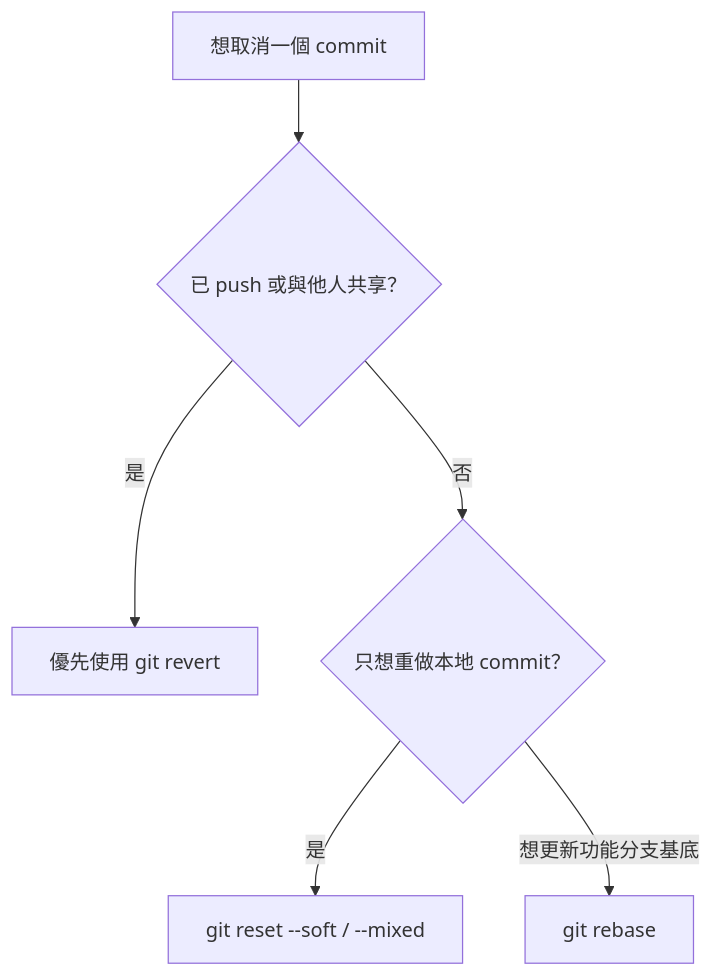
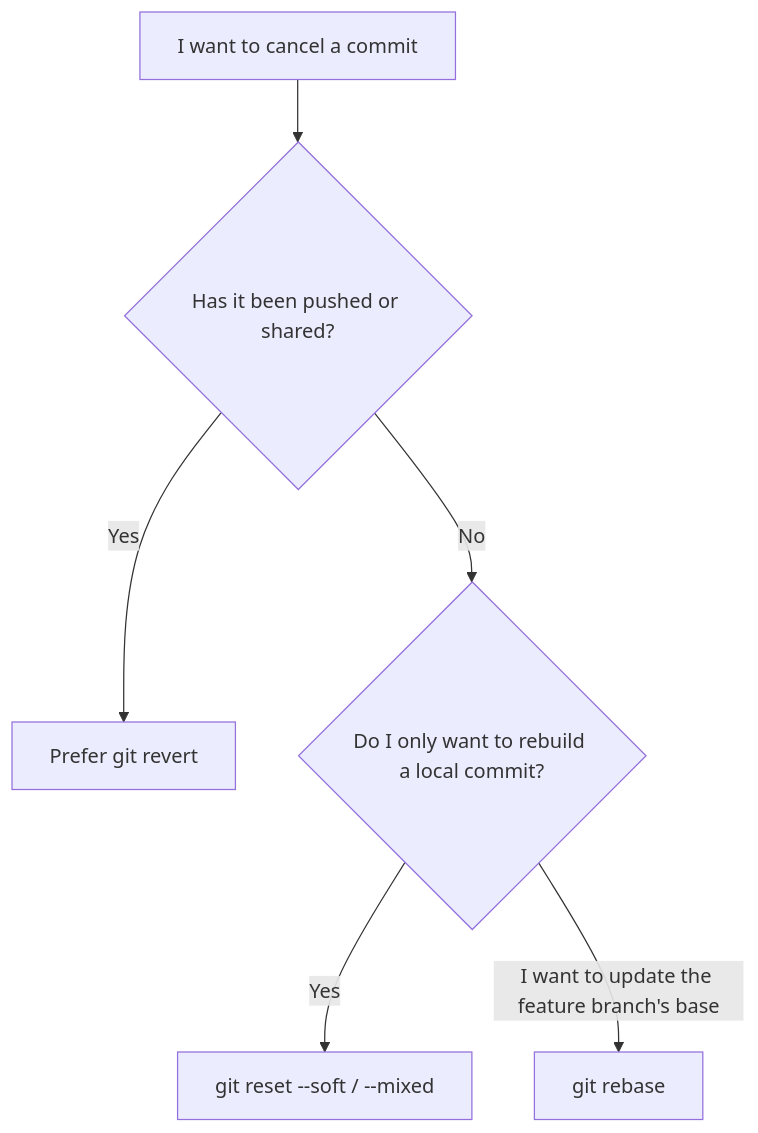
One commit to uuboyscy/uuboyscy-engineering-logs changed the second of 2 diagrams in docs/Git/Git Commands/07_Revert_Reset_and_Rebase.md. Above: the diagram before and after it, drawn with Mermaid. The commit also changed other lines of this file and 16 other files, not shown here.

````diff
--- a/docs/Git/Git Commands/07_Revert_Reset_and_Rebase.md
+++ b/docs/Git/Git Commands/07_Revert_Reset_and_Rebase.md
@@ -207,8 +213,8 @@
 ```mermaid
 flowchart TD
-    A["想取消一個 commit"] --> B{"已 push 或與他人共享？"}
-    B -->|"是"| C["優先使用 git revert"]
-    B -->|"否"| D{"只想重做本地 commit？"}
-    D -->|"是"| E["git reset --soft / --mixed"]
-    D -->|"想更新功能分支基底"| F["git rebase"]
+    A["I want to cancel a commit"] --> B{"Has it been pushed or shared?"}
+    B -->|"Yes"| C["Prefer git revert"]
+    B -->|"No"| D{"Do I only want to rebuild a local commit?"}
+    D -->|"Yes"| E["git reset --soft / --mixed"]
+    D -->|"I want to update the feature branch's base"| F["git rebase"]
 ```
````
